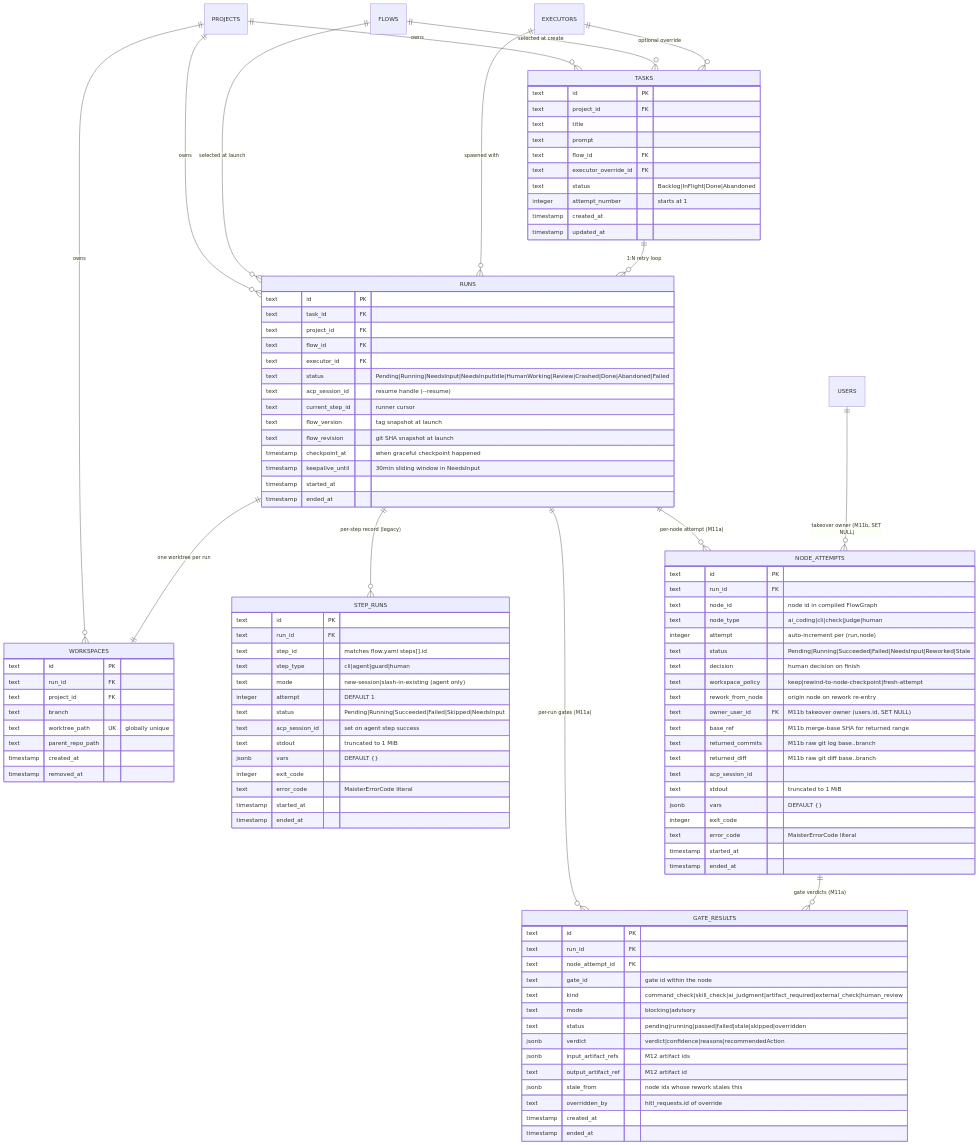
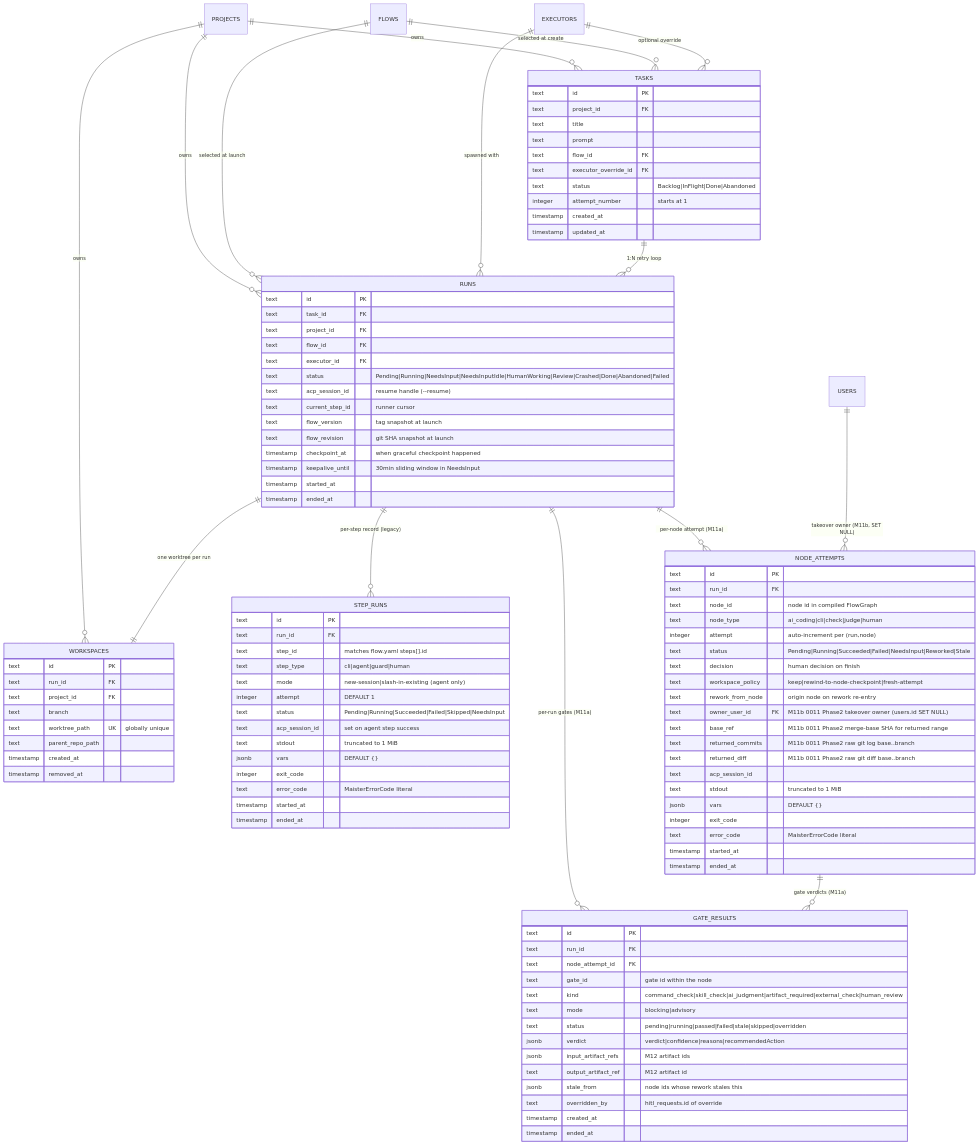
Before and after one commit to maister-dev/maister: the diagram in docs/db/runs-domain.md, drawn with Mermaid. The commit also changed other lines of this file and 7 other files, not shown here.

```diff
--- a/docs/db/runs-domain.md
+++ b/docs/db/runs-domain.md
@@ -91,10 +91,10 @@
         text decision "human decision on finish"
         text workspace_policy "keep|rewind-to-node-checkpoint|fresh-attempt"
         text rework_from_node "origin node on rework re-entry"
-        text owner_user_id FK "M11b takeover owner (users.id, SET NULL)"
-        text base_ref "M11b merge-base SHA for returned range"
-        text returned_commits "M11b raw git log base..branch"
-        text returned_diff "M11b raw git diff base..branch"
+        text owner_user_id FK "M11b 0011 Phase2 takeover owner (users.id SET NULL)"
+        text base_ref "M11b 0011 Phase2 merge-base SHA for returned range"
+        text returned_commits "M11b 0011 Phase2 raw git log base..branch"
+        text returned_diff "M11b 0011 Phase2 raw git diff base..branch"
         text acp_session_id
         text stdout "truncated to 1 MiB"
         jsonb vars "DEFAULT {}"
```
